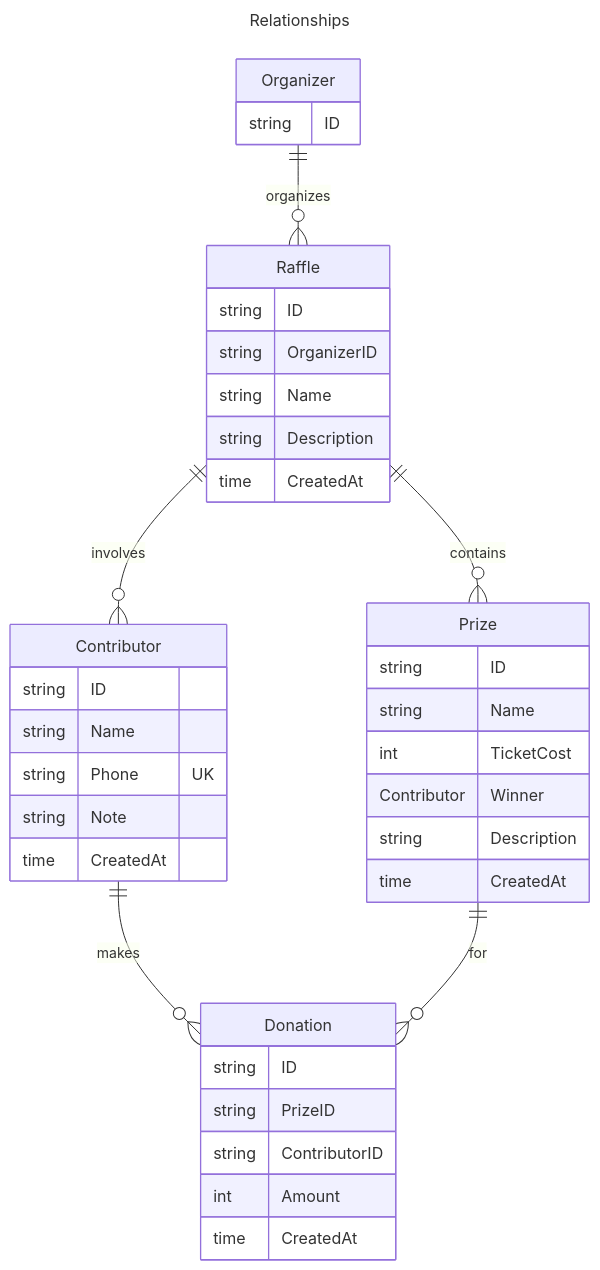
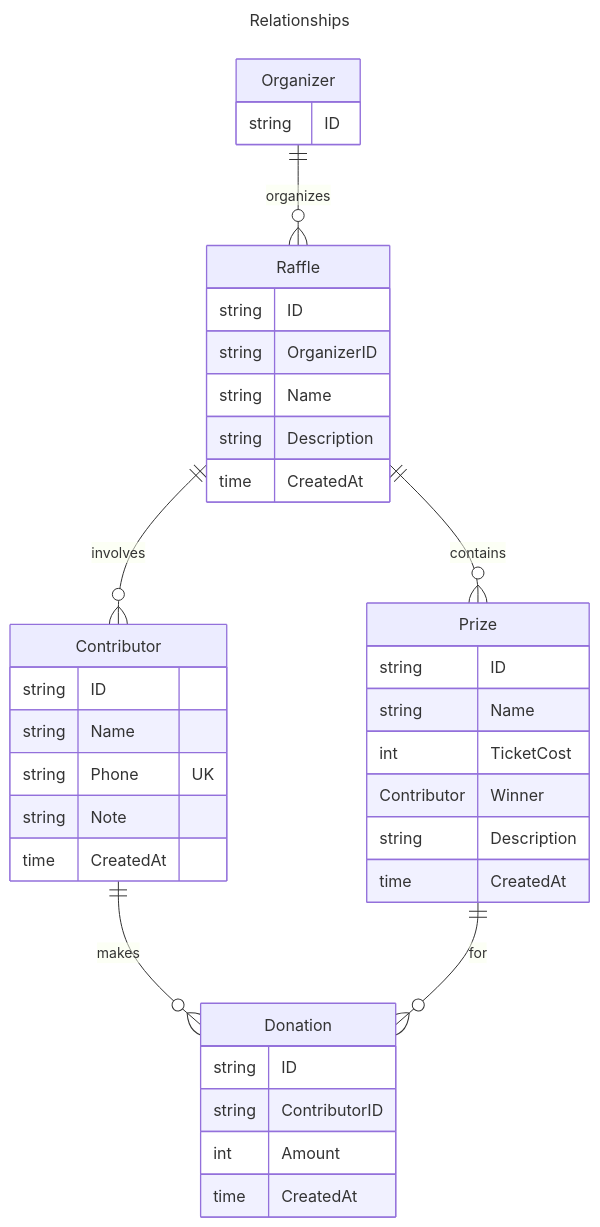
The second of 2 diagrams in README.md (bluegophercult/yarmarok), drawn with Mermaid before and after one commit.

````diff
--- a/README.md
+++ b/README.md
@@ -77,48 +77,47 @@
 ```mermaid
 ---
 title: Relationships
 ---
 erDiagram
     Organizer {
         string ID
     }
 
     Raffle {
         string ID
         string OrganizerID
         string Name
         string Description
         time CreatedAt
     }
 
     Prize {
         string ID
         string Name
         int TicketCost
         Contributor Winner
         string Description
         time CreatedAt
     }
 
     Contributor {
         string ID
         string Name
         string Phone UK
         string Note
         time CreatedAt
     }
 
     Donation {
         string ID
-        string PrizeID
         string ContributorID
         int Amount
         time CreatedAt
     }
 
     Organizer ||--o{ Raffle: organizes
     Raffle ||--o{ Prize: contains
     Raffle ||--o{ Contributor: involves
     Contributor ||--o{ Donation: makes
     Prize ||--o{ Donation: for
 ```
````
